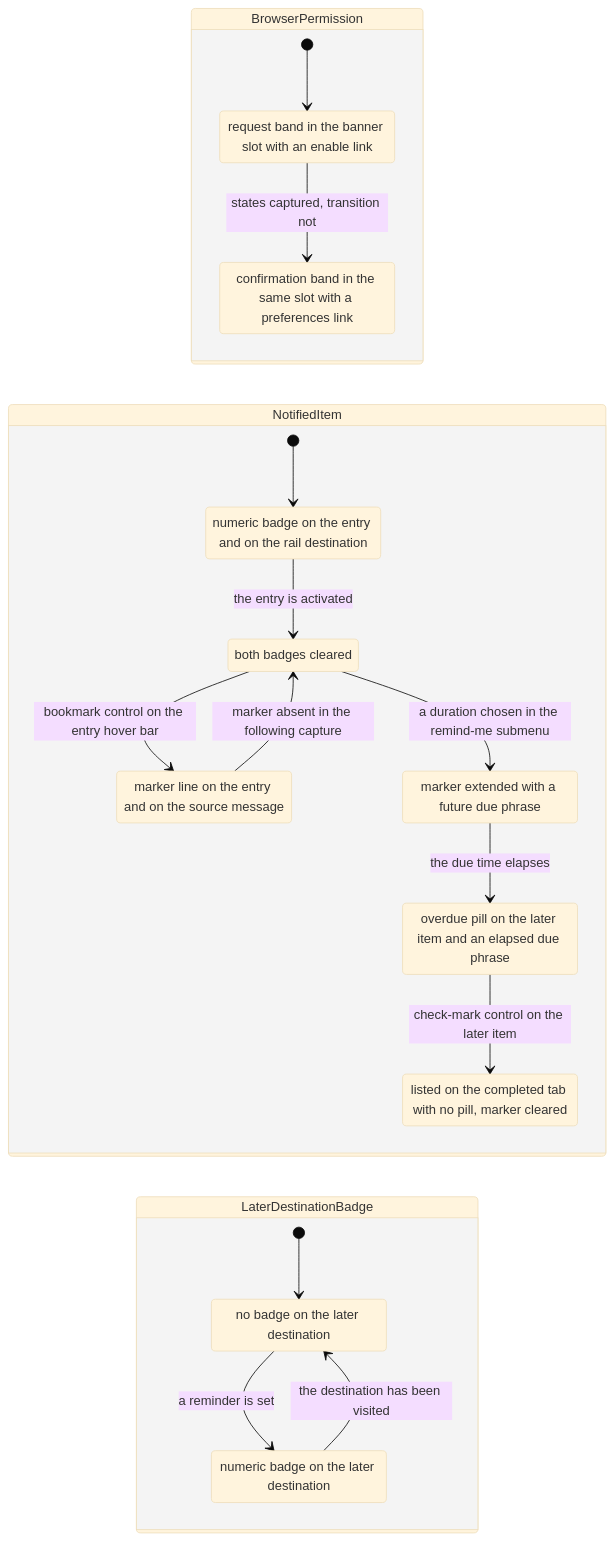
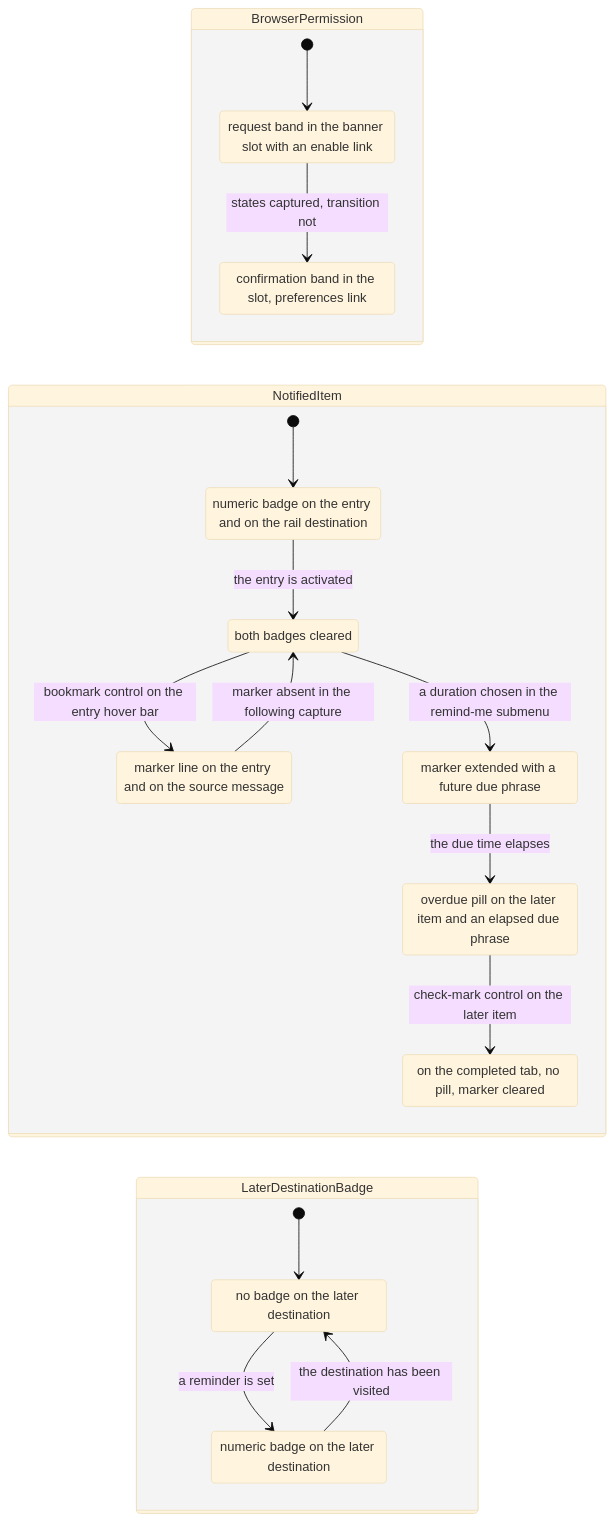
The diagram in docs/workflows/12-activity-notifications.md (blitzy-research/blitzy-slack), drawn with Mermaid (base theme) before and after one commit. The commit also changed 18 other files, not shown here.

````diff
--- a/docs/workflows/12-activity-notifications.md
+++ b/docs/workflows/12-activity-notifications.md
@@ -322,35 +322,35 @@
 ```mermaid
 stateDiagram-v2
     direction LR
 
     state BrowserPermission {
         [*] --> Requested
         Requested : request band in the banner slot with an enable link
         Requested --> InEffect : states captured, transition not
-        InEffect : confirmation band in the same slot with a preferences link
+        InEffect : confirmation band in the slot, preferences link
     }
 
     state NotifiedItem {
         [*] --> Unread
         Unread : numeric badge on the entry and on the rail destination
         Unread --> Read : the entry is activated
         Read : both badges cleared
         Read --> SavedForLater : bookmark control on the entry hover bar
         SavedForLater : marker line on the entry and on the source message
         SavedForLater --> Read : marker absent in the following capture
         Read --> ReminderSet : a duration chosen in the remind-me submenu
         ReminderSet : marker extended with a future due phrase
         ReminderSet --> Overdue : the due time elapses
         Overdue : overdue pill on the later item and an elapsed due phrase
         Overdue --> Completed : check-mark control on the later item
-        Completed : listed on the completed tab with no pill, marker cleared
+        Completed : on the completed tab, no pill, marker cleared
     }
 
     state LaterDestinationBadge {
         [*] --> NoBadge
         NoBadge : no badge on the later destination
         NoBadge --> Badged : a reminder is set
         Badged : numeric badge on the later destination
         Badged --> NoBadge : the destination has been visited
     }
 ```
````
